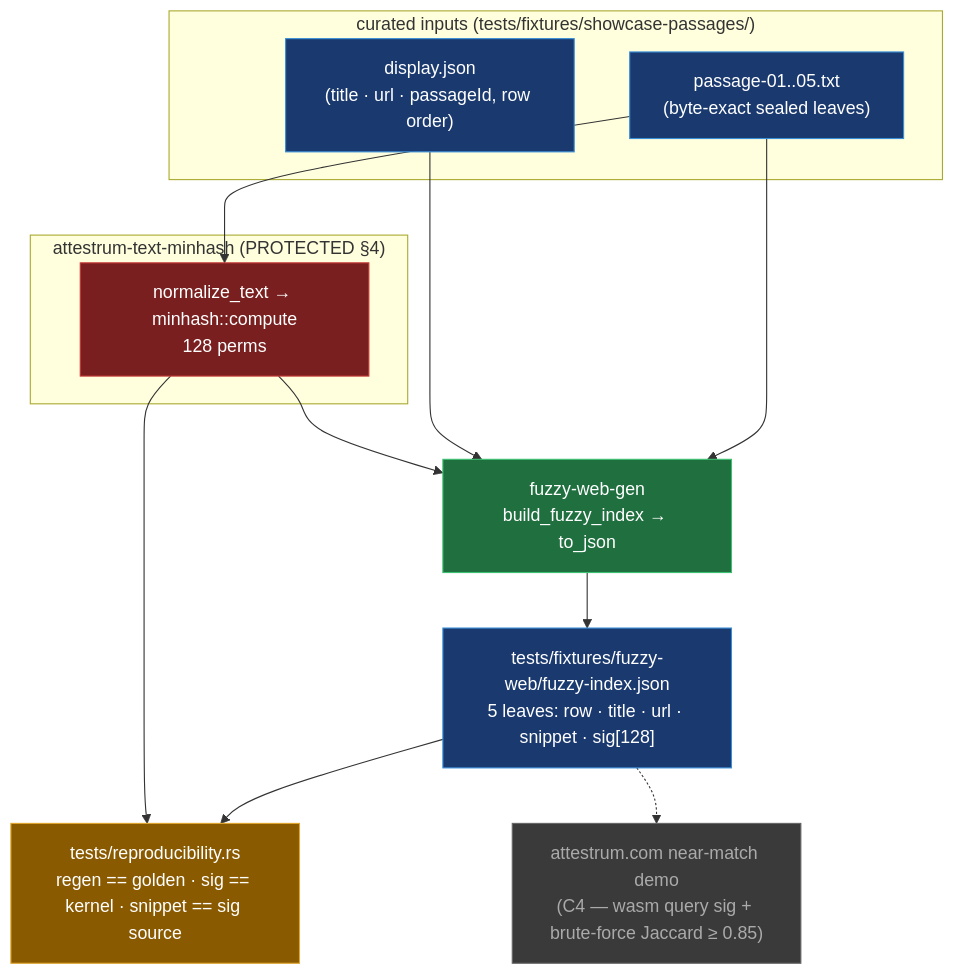
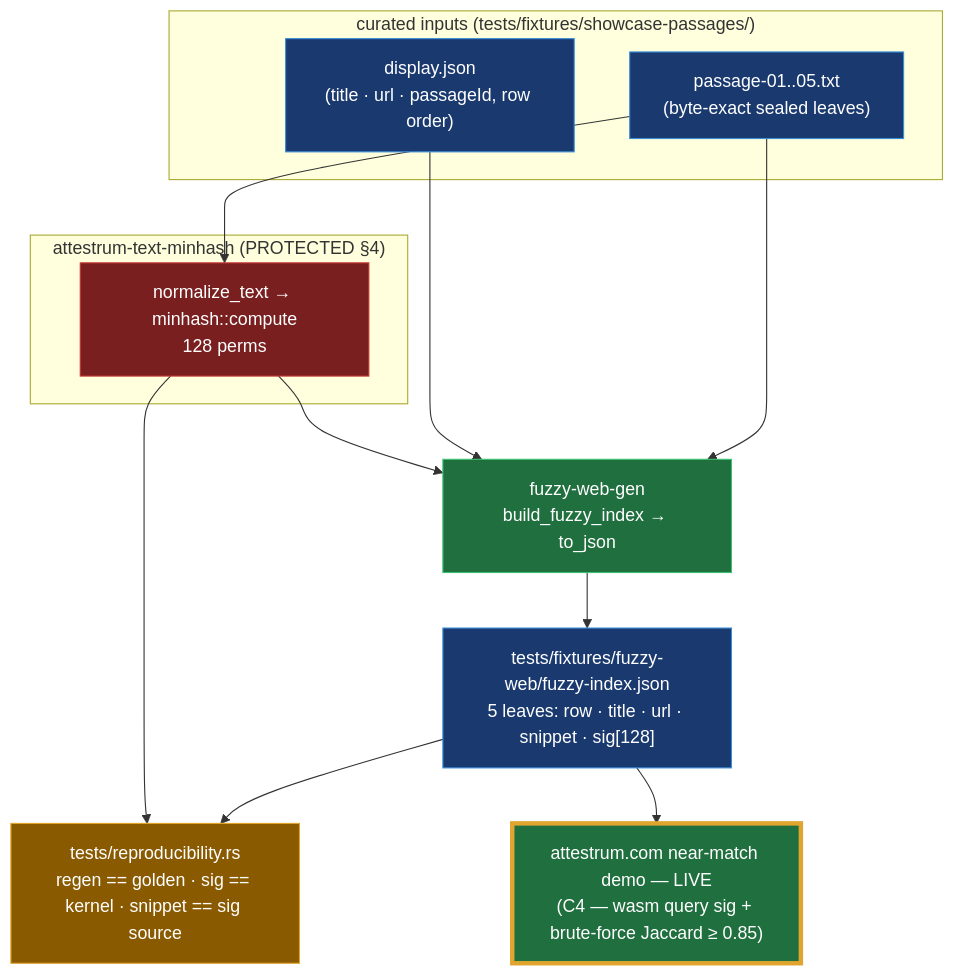
Before and after one commit to Attestrum/Attestrum: the diagram in docs/diagrams/website-fuzzy/bounded-corpus-gen.md, drawn with Mermaid. The commit also changed other lines of this file and 1 other file, not shown here.

Commit message:
docs(changelog,diagrams): record Build E C4 — paste-your-own near-match live on attestrum.com
Records the milestone the C1–C4 work enabled: the attestrum.com paste box now
runs real client-side near-match (C2 wasm kernel + C3 bounded corpus, computed
in-browser, discovery-grade). CLI/repo unchanged; landing-site code lives outside
this repo. Flips the bounded-corpus-gen diagram's browser node deferred→live and
re-pins last_verified.

````diff
--- a/docs/diagrams/website-fuzzy/bounded-corpus-gen.md
+++ b/docs/diagrams/website-fuzzy/bounded-corpus-gen.md
@@ -38,40 +38,42 @@
 ```mermaid
 flowchart TB
   classDef protected fill:#7a1f1f,stroke:#c63737,color:#fff
   classDef tool fill:#1f6f3f,stroke:#3ec072,color:#fff
   classDef data fill:#1a3a6f,stroke:#3a8ed7,color:#fff
   classDef gate fill:#8a5a00,stroke:#e0a52e,color:#fff
   classDef future fill:#3a3a3a,stroke:#666,color:#aaa
+  %% shipped + revised-this-revision highlight (green fill, amber thick border)
+  classDef shipped fill:#1f6f3f,stroke:#e0a52e,stroke-width:4px,color:#fff
 
   subgraph inputs["curated inputs (tests/fixtures/showcase-passages/)"]
     P["passage-01..05.txt<br/>(byte-exact sealed leaves)"]
     D["display.json<br/>(title · url · passageId, row order)"]
   end
   class P,D data
 
   subgraph kernel["attestrum-text-minhash (PROTECTED §4)"]
     K["normalize_text → minhash::compute<br/>128 perms"]
   end
   class K protected
 
   GEN["fuzzy-web-gen<br/>build_fuzzy_index → to_json"]
   class GEN tool
 
   OUT["tests/fixtures/fuzzy-web/fuzzy-index.json<br/>5 leaves: row · title · url · snippet · sig[128]"]
   class OUT data
 
   REPRO["tests/reproducibility.rs<br/>regen == golden · sig == kernel · snippet == sig source"]
   class REPRO gate
 
-  BROWSER["attestrum.com near-match demo<br/>(C4 — wasm query sig + brute-force Jaccard ≥ 0.85)"]
-  class BROWSER future
+  BROWSER["attestrum.com near-match demo — LIVE<br/>(C4 — wasm query sig + brute-force Jaccard ≥ 0.85)"]
+  class BROWSER shipped
 
   P --> GEN
   D --> GEN
   P --> K
   K --> GEN
   GEN --> OUT
   OUT --> REPRO
   K --> REPRO
-  OUT -.-> BROWSER
+  OUT --> BROWSER
 ```
````
